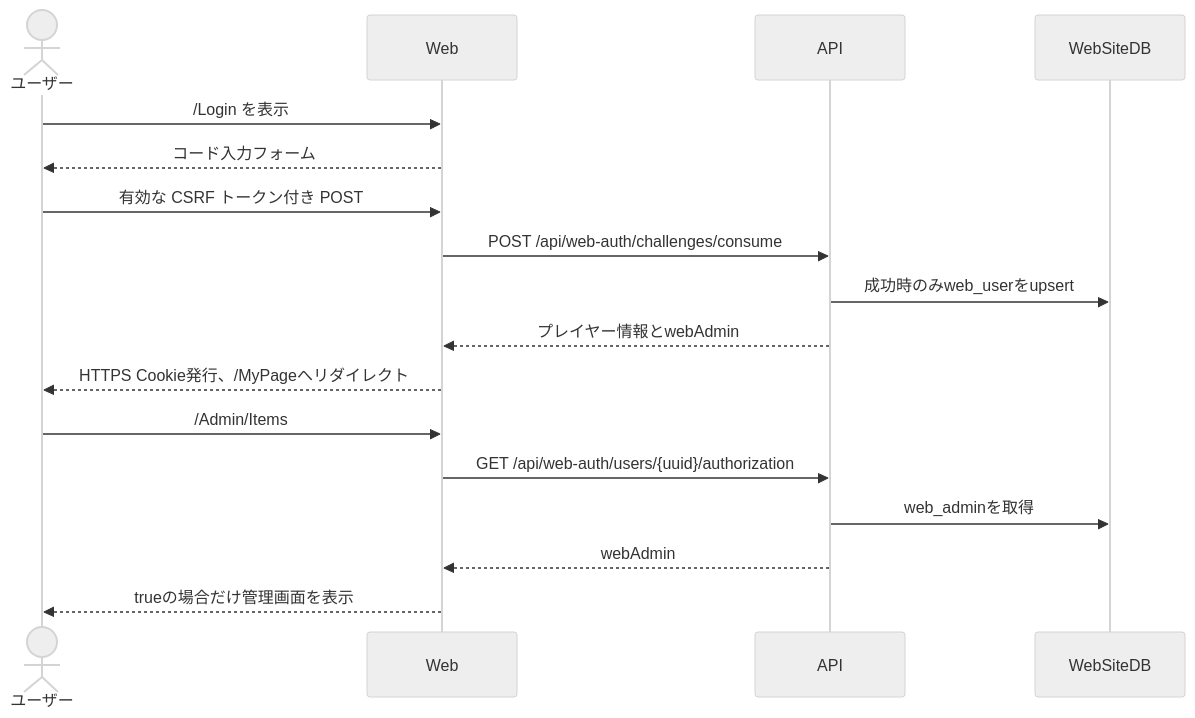
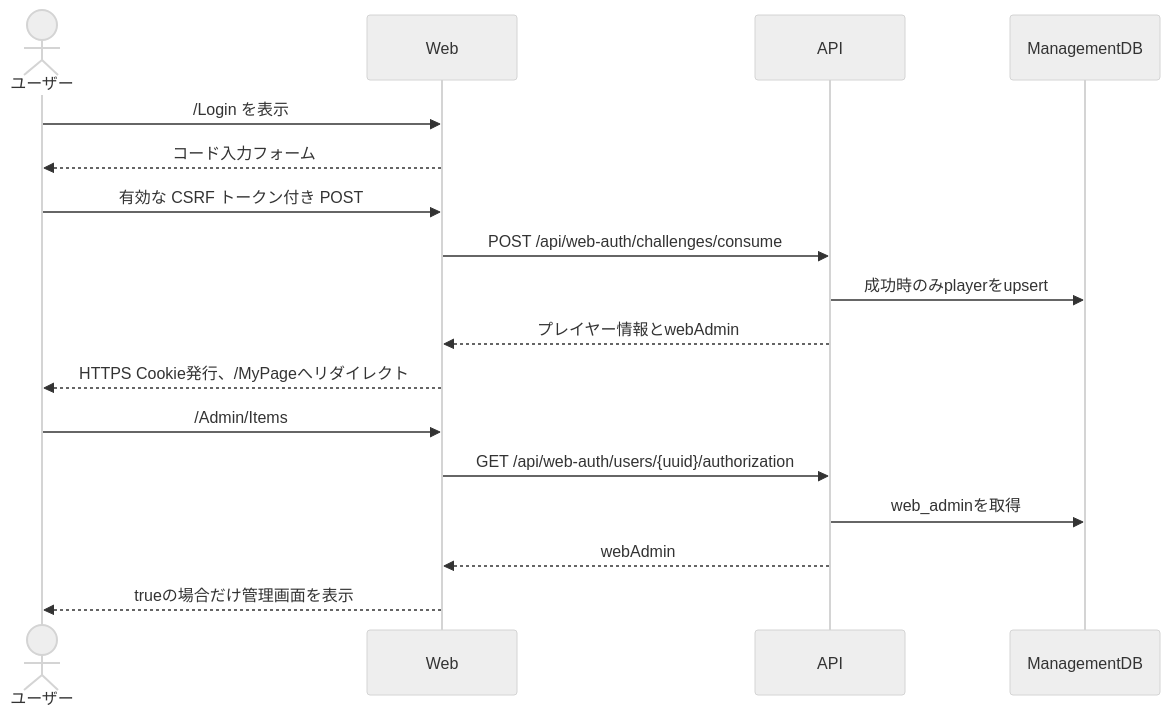
The diagram in 00_docs/30_WEB設計書/feature/01-web-auth/4-統合フロー/01_4.00-統合フロー.md (maaasu/AstralRecord-Workspace), drawn with Mermaid (neutral theme) before and after one commit. The commit also changed 34 other files, not shown here.

````diff
--- a/00_docs/30_WEB設計書/feature/01-web-auth/4-統合フロー/01_4.00-統合フロー.md
+++ b/00_docs/30_WEB設計書/feature/01-web-auth/4-統合フロー/01_4.00-統合フロー.md
@@ -3,19 +3,19 @@
 ```mermaid
 sequenceDiagram
     actor User as ユーザー
     participant Web
     participant API
-    participant WebSiteDB
+    participant ManagementDB
     User->>Web: /Login を表示
     Web-->>User: コード入力フォーム
     User->>Web: 有効な CSRF トークン付き POST
     Web->>API: POST /api/web-auth/challenges/consume
-    API->>WebSiteDB: 成功時のみweb_userをupsert
+    API->>ManagementDB: 成功時のみplayerをupsert
     API-->>Web: プレイヤー情報とwebAdmin
     Web-->>User: HTTPS Cookie発行、/MyPageへリダイレクト
     User->>Web: /Admin/Items
     Web->>API: GET /api/web-auth/users/{uuid}/authorization
-    API->>WebSiteDB: web_adminを取得
+    API->>ManagementDB: web_adminを取得
     API-->>Web: webAdmin
     Web-->>User: trueの場合だけ管理画面を表示
 ```
````
